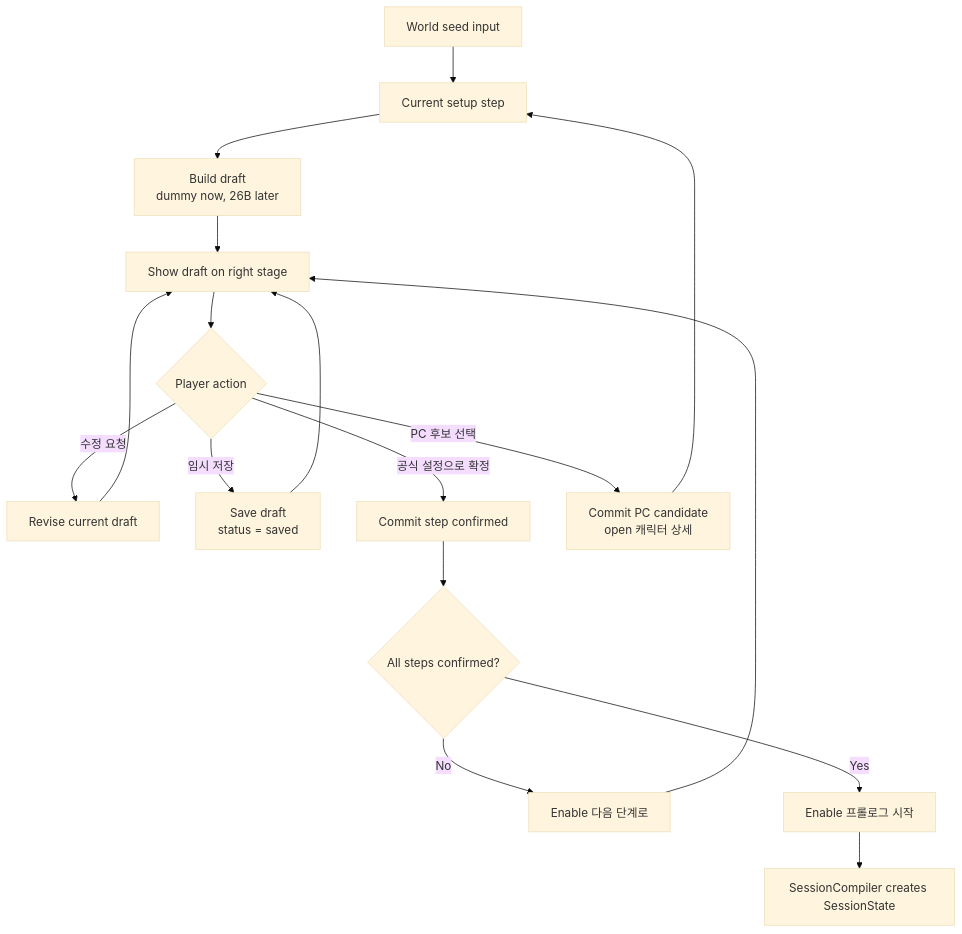
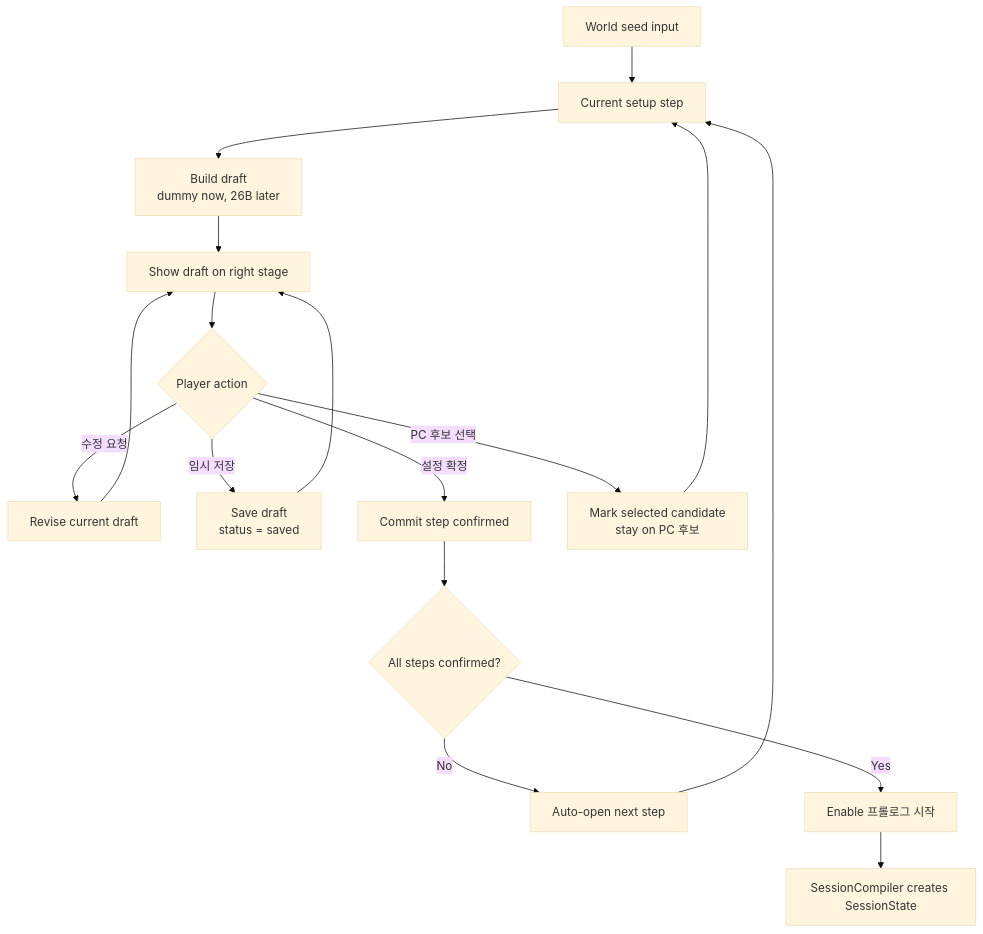
One commit to winterrainlee/winterrain_trpg changed the second of 4 diagrams in design/winterrain-rp-module-architecture-design.md. Above: the diagram before and after it, drawn with Mermaid (base theme). The commit also changed other lines of this file and 3 other files, not shown here.

Commit message:
Build setup wizard flow

````diff
--- a/design/winterrain-rp-module-architecture-design.md
+++ b/design/winterrain-rp-module-architecture-design.md
@@ -223,19 +274,19 @@
 ```mermaid
 flowchart TD
   A["World seed input"] --> B["Current setup step"]
   B --> C["Build draft<br/>dummy now, 26B later"]
   C --> D["Show draft on right stage"]
   D --> E{"Player action"}
   E -->|"수정 요청"| F["Revise current draft"]
   F --> D
   E -->|"임시 저장"| G["Save draft<br/>status = saved"]
   G --> D
-  E -->|"공식 설정으로 확정"| H["Commit step confirmed"]
-  E -->|"PC 후보 선택"| P["Commit PC candidate<br/>open 캐릭터 상세"]
+  E -->|"설정 확정"| H["Commit step confirmed"]
+  E -->|"PC 후보 선택"| P["Mark selected candidate<br/>stay on PC 후보"]
   P --> B
   H --> I{"All steps confirmed?"}
-  I -->|No| J["Enable 다음 단계로"]
-  J --> D
+  I -->|No| J["Auto-open next step"]
+  J --> B
   I -->|Yes| K["Enable 프롤로그 시작"]
   K --> L["SessionCompiler creates SessionState"]
 ```
````
